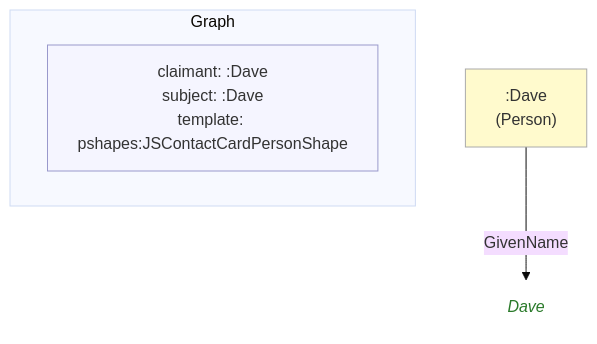
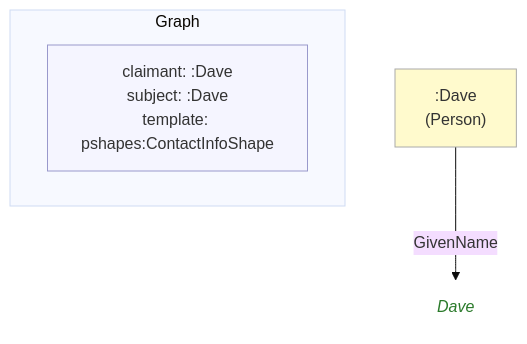
Before and after one commit to MeeFoundation/mia-ontologies: the diagram in example/graphs/images/graph-05.mmd, drawn with Mermaid (base theme). The commit also changed 170 other files, not shown here.

First line of the commit message:
Rename JSContactCard to ContactInfo; allow a manual topic on any MemberCell

```diff
--- a/example/graphs/images/graph-05.mmd
+++ b/example/graphs/images/graph-05.mmd
@@ -1,15 +1,15 @@
 flowchart TD
     classDef person fill:#fffacd,stroke:#aaa,color:#333
     classDef org    fill:#cce5ff,stroke:#aaa,color:#333
     classDef lit    fill:none,stroke:none,font-style:italic,color:#2a7a2a
     classDef meta   fill:#f5f5ff,stroke:#9999cc,color:#333
 
     subgraph ctx["Graph"]
         direction LR
-        ctx_meta["claimant: :Dave\nsubject: :Dave\ntemplate: pshapes:JSContactCardPersonShape"]:::meta
+        ctx_meta["claimant: :Dave\nsubject: :Dave\ntemplate: pshapes:ContactInfoShape"]:::meta
     end
 
     n1c28f5f47932[":Dave\n(Person)"]:::person
-    n0d1e3c30a2bd("Dave"):::lit
+    n6451dfdff636("Dave"):::lit
 
-    n1c28f5f47932 -->|"GivenName"| n0d1e3c30a2bd
+    n1c28f5f47932 -->|"GivenName"| n6451dfdff636
```
